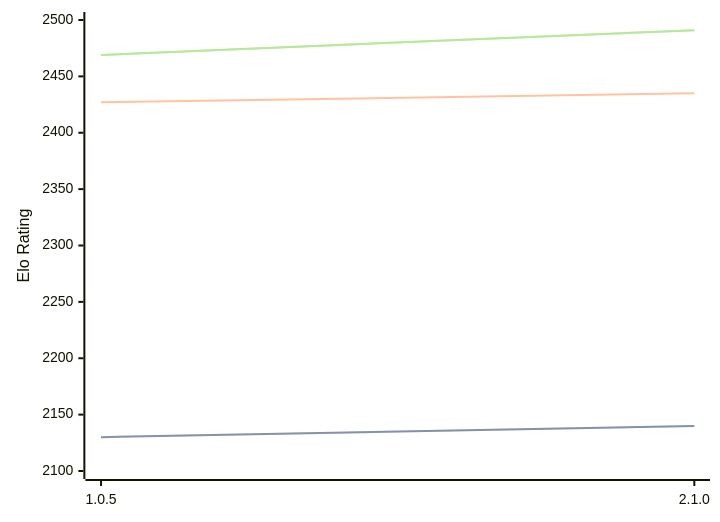
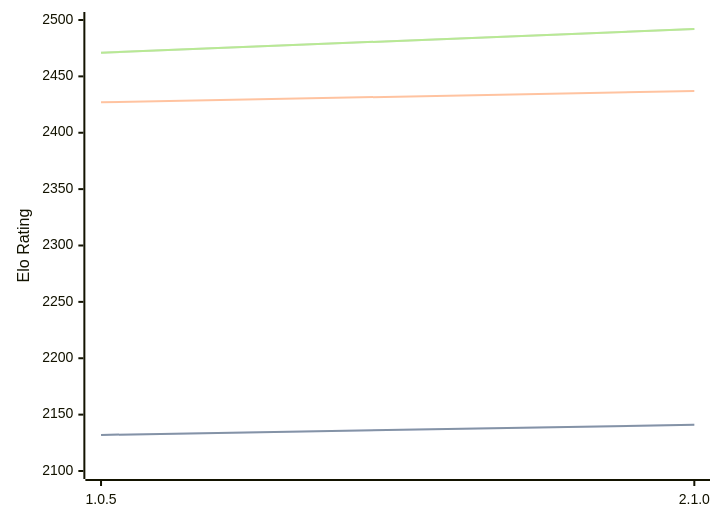
The diagram in engines/Ruffian.md (computer-chess-index/cci), drawn with Mermaid before and after one commit. The commit also changed other lines of this file, not shown here.

Commit message:
Update CCI Ratings (ELO VLTC) - 2026-07-23

````diff
--- a/engines/Ruffian.md
+++ b/engines/Ruffian.md
@@ -32,11 +32,11 @@
 ```mermaid
 %%{init: {"theme":"base","themeVariables":{"seriesColors:['#a3a3a3','#222221','#faa371']}}}%%
 xychart-beta
   x-axis ["1.0.5", "2.1.0"]
   y-axis "Elo Rating" 2100 --> 2500
-  line "STC (8.0+0.08s)" [2130, 2140]
-  line "STC (8.0+0.08s)" [2130, 2140]
-  line "LTC (60.0+0.60s)" [2427, 2435]
-  line "VLTC (2m24s+1.12s)" [2469, 2491]
-  line "VLTC (2m24s+1.12s)" [2469, 2491]
+  line "STC (8.0+0.08s)" [2132, 2141]
+  line "STC (8.0+0.08s)" [2132, 2141]
+  line "LTC (60.0+0.60s)" [2427, 2437]
+  line "VLTC (2m24s+1.12s)" [2471, 2492]
+  line "VLTC (2m24s+1.12s)" [2471, 2492]
 ```
````
